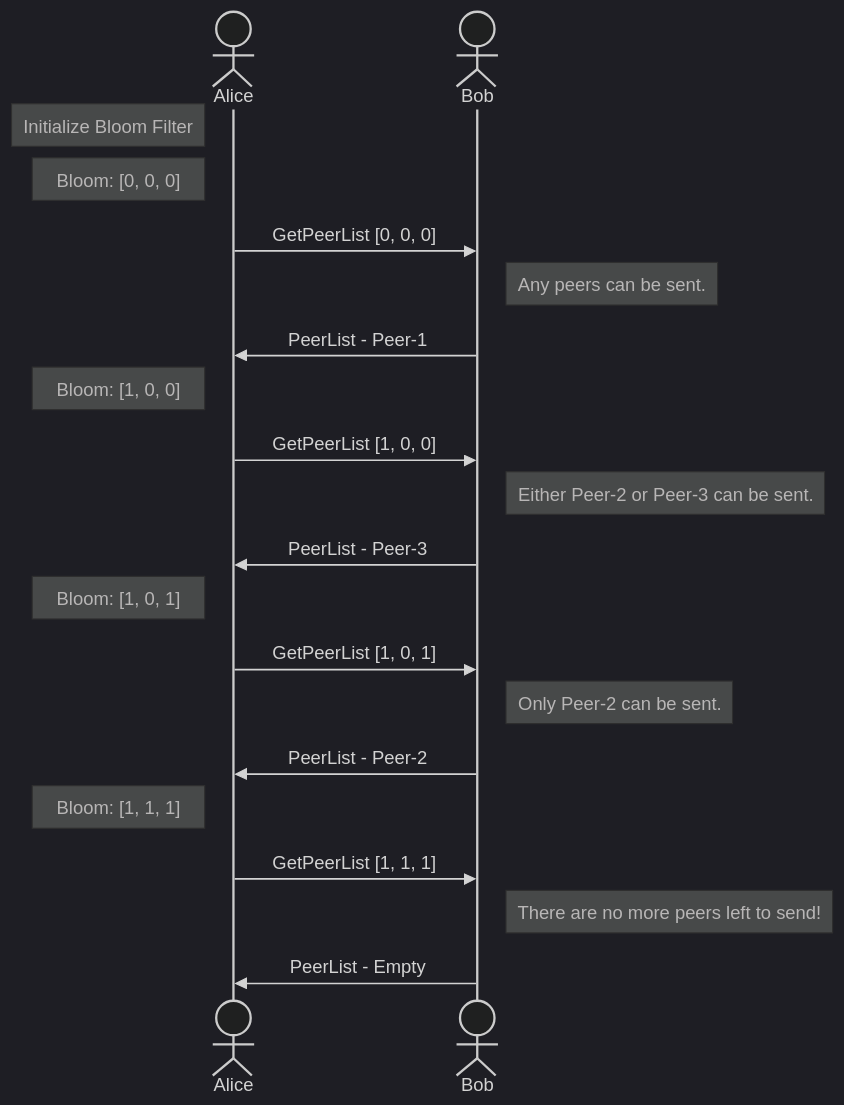
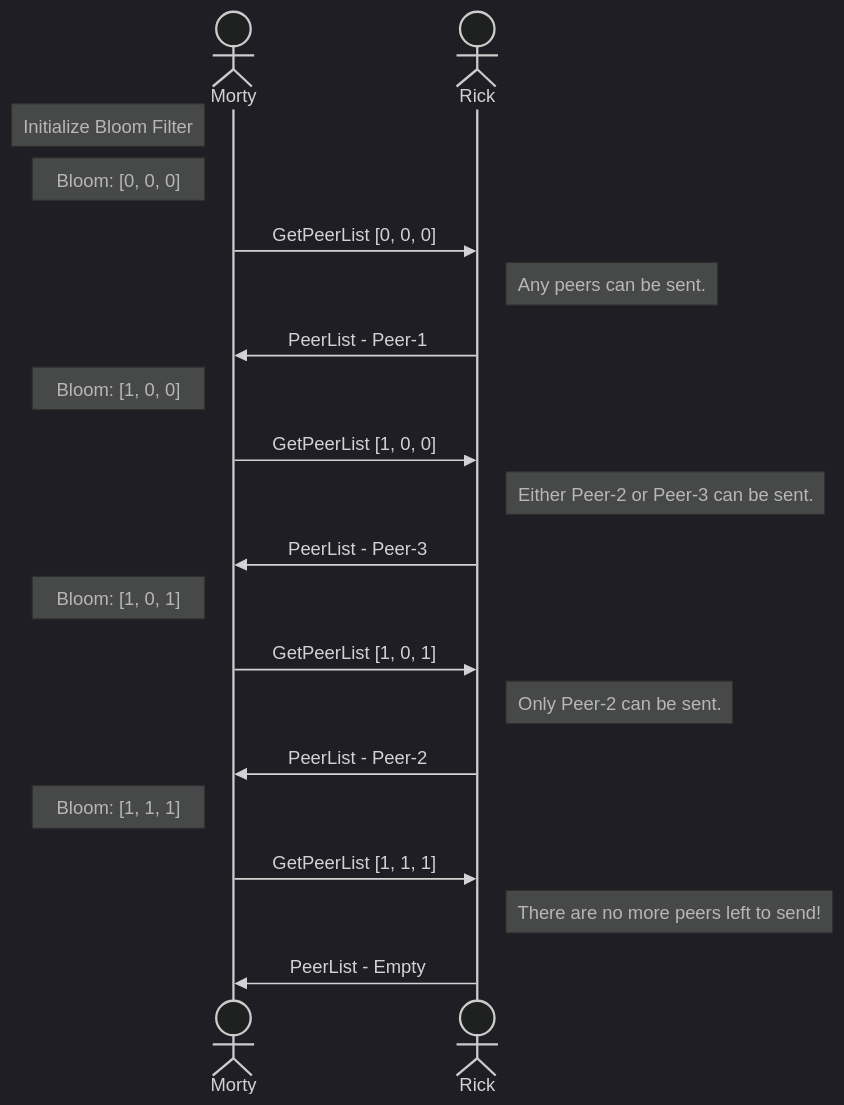
The seventh of 7 diagrams in network/README.md (ava-labs/avalanchego), drawn with Mermaid (dark theme) before and after one commit. The commit also changed other lines of this file, not shown here.

````diff
--- a/network/README.md
+++ b/network/README.md
@@ -228,22 +228,22 @@
 ```mermaid
 sequenceDiagram
-    actor Alice
-    actor Bob
-    Note left of Alice: Initialize Bloom Filter
-    Note left of Alice: Bloom: [0, 0, 0]
-    Alice->>Bob: GetPeerList [0, 0, 0]
-    Note right of Bob: Any peers can be sent.
-    Bob->>Alice: PeerList - Peer-1
-    Note left of Alice: Bloom: [1, 0, 0]
-    Alice->>Bob: GetPeerList [1, 0, 0]
-    Note right of Bob: Either Peer-2 or Peer-3 can be sent.
-    Bob->>Alice: PeerList - Peer-3
-    Note left of Alice: Bloom: [1, 0, 1]
-    Alice->>Bob: GetPeerList [1, 0, 1]
-    Note right of Bob: Only Peer-2 can be sent.
-    Bob->>Alice: PeerList - Peer-2
-    Note left of Alice: Bloom: [1, 1, 1]
-    Alice->>Bob: GetPeerList [1, 1, 1]
-    Note right of Bob: There are no more peers left to send!
-    Bob->>Alice: PeerList - Empty
+    actor Morty
+    actor Rick
+    Note left of Morty: Initialize Bloom Filter
+    Note left of Morty: Bloom: [0, 0, 0]
+    Morty->>Rick: GetPeerList [0, 0, 0]
+    Note right of Rick: Any peers can be sent.
+    Rick->>Morty: PeerList - Peer-1
+    Note left of Morty: Bloom: [1, 0, 0]
+    Morty->>Rick: GetPeerList [1, 0, 0]
+    Note right of Rick: Either Peer-2 or Peer-3 can be sent.
+    Rick->>Morty: PeerList - Peer-3
+    Note left of Morty: Bloom: [1, 0, 1]
+    Morty->>Rick: GetPeerList [1, 0, 1]
+    Note right of Rick: Only Peer-2 can be sent.
+    Rick->>Morty: PeerList - Peer-2
+    Note left of Morty: Bloom: [1, 1, 1]
+    Morty->>Rick: GetPeerList [1, 1, 1]
+    Note right of Rick: There are no more peers left to send!
+    Rick->>Morty: PeerList - Empty
 ```
````
